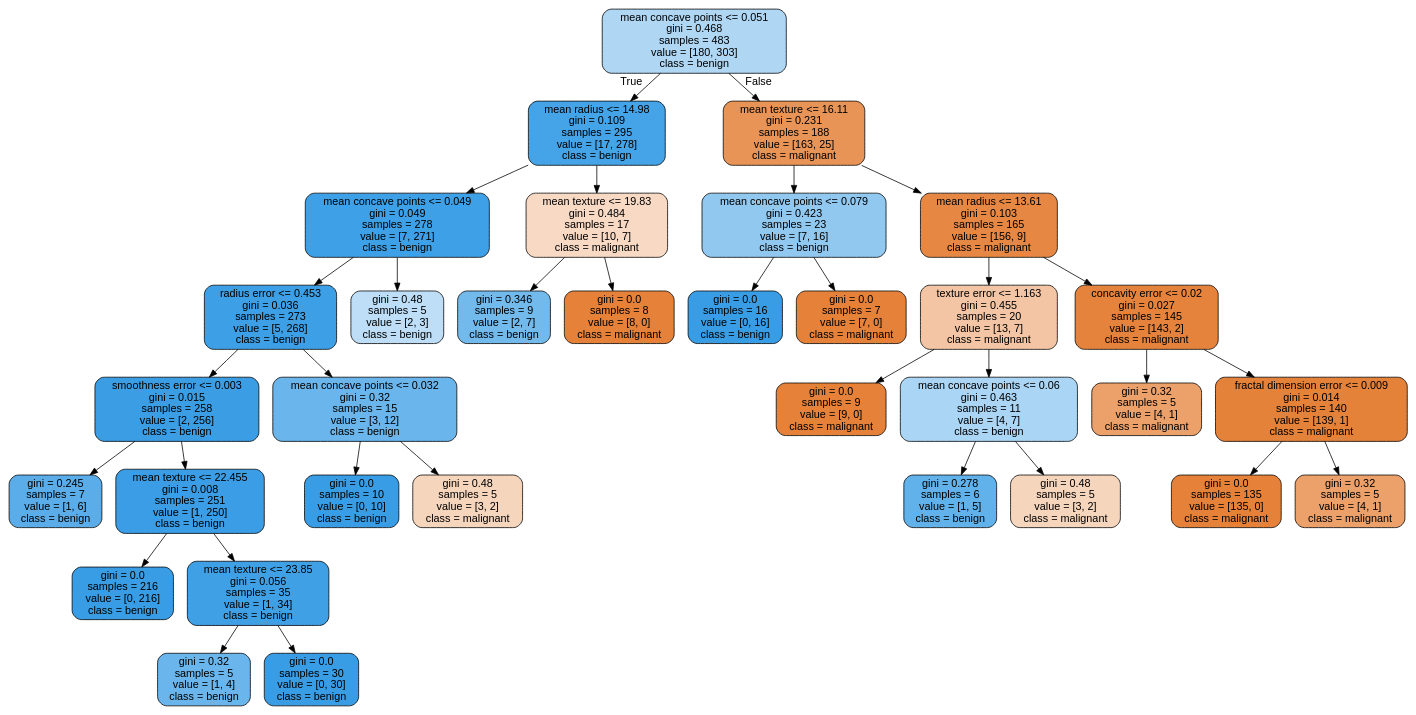
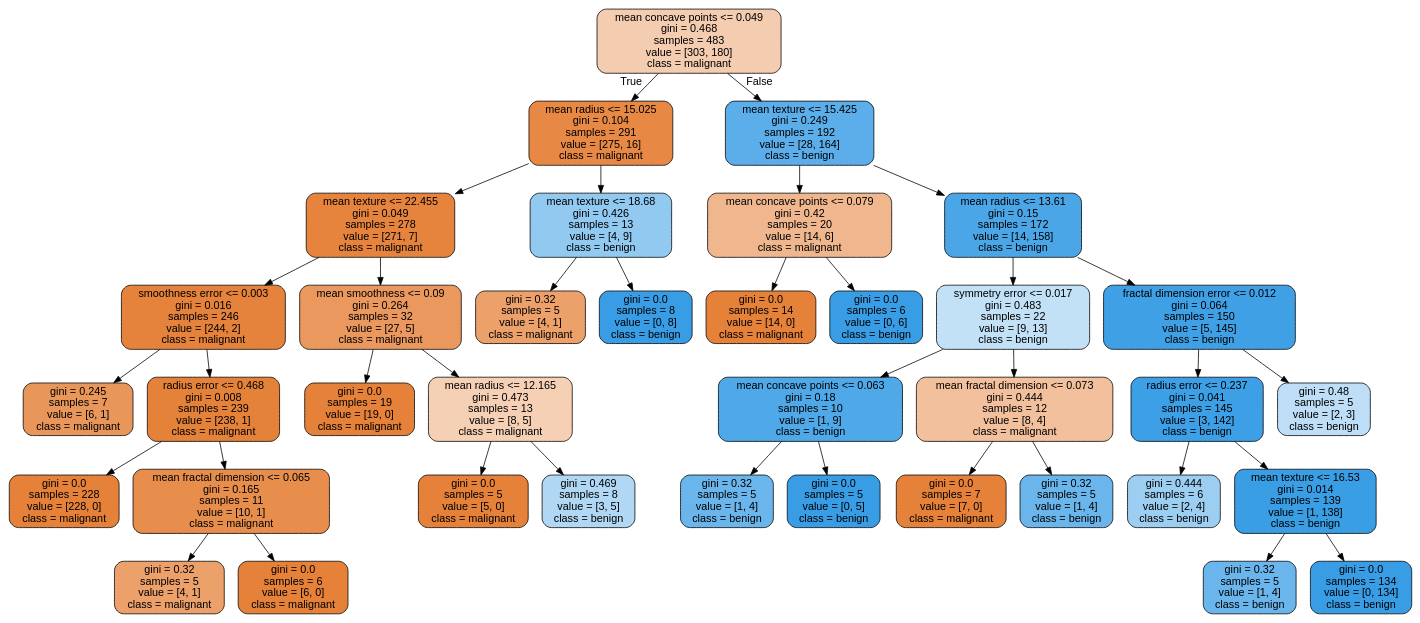
The diagram in Semester 1 2023/CITS5508 - Machine Learning/Labs/Assignment 2/tree_clf_4.dot (iheathers/2023---Semester-1-Feb---Jun-), drawn with Graphviz before and after one commit. The commit also changed 22 other files, not shown here.

```diff
--- a/Semester 1 2023/CITS5508 - Machine Learning/Labs/Assignment 2/tree_clf_4.dot
+++ b/Semester 1 2023/CITS5508 - Machine Learning/Labs/Assignment 2/tree_clf_4.dot
@@ -1,69 +1,77 @@
 digraph Tree {
 node [shape=box, style="filled, rounded", color="black", fontname="helvetica"] ;
 edge [fontname="helvetica"] ;
-0 [label="mean concave points <= 0.051\ngini = 0.468\nsamples = 483\nvalue = [180, 303]\nclass = benign", fillcolor="#afd7f4"] ;
-1 [label="mean radius <= 14.98\ngini = 0.109\nsamples = 295\nvalue = [17, 278]\nclass = benign", fillcolor="#45a3e7"] ;
+0 [label="mean concave points <= 0.049\ngini = 0.468\nsamples = 483\nvalue = [303, 180]\nclass = malignant", fillcolor="#f4ccaf"] ;
+1 [label="mean radius <= 15.025\ngini = 0.104\nsamples = 291\nvalue = [275, 16]\nclass = malignant", fillcolor="#e78845"] ;
 0 -> 1 [labeldistance=2.5, labelangle=45, headlabel="True"] ;
-2 [label="mean concave points <= 0.049\ngini = 0.049\nsamples = 278\nvalue = [7, 271]\nclass = benign", fillcolor="#3ea0e6"] ;
+2 [label="mean texture <= 22.455\ngini = 0.049\nsamples = 278\nvalue = [271, 7]\nclass = malignant", fillcolor="#e6843e"] ;
 1 -> 2 ;
-3 [label="radius error <= 0.453\ngini = 0.036\nsamples = 273\nvalue = [5, 268]\nclass = benign", fillcolor="#3d9fe5"] ;
+3 [label="smoothness error <= 0.003\ngini = 0.016\nsamples = 246\nvalue = [244, 2]\nclass = malignant", fillcolor="#e5823b"] ;
 2 -> 3 ;
-4 [label="smoothness error <= 0.003\ngini = 0.015\nsamples = 258\nvalue = [2, 256]\nclass = benign", fillcolor="#3b9ee5"] ;
+4 [label="gini = 0.245\nsamples = 7\nvalue = [6, 1]\nclass = malignant", fillcolor="#e9965a"] ;
 3 -> 4 ;
-5 [label="gini = 0.245\nsamples = 7\nvalue = [1, 6]\nclass = benign", fillcolor="#5aade9"] ;
-4 -> 5 ;
-6 [label="mean texture <= 22.455\ngini = 0.008\nsamples = 251\nvalue = [1, 250]\nclass = benign", fillcolor="#3a9de5"] ;
-4 -> 6 ;
-7 [label="gini = 0.0\nsamples = 216\nvalue = [0, 216]\nclass = benign", fillcolor="#399de5"] ;
-6 -> 7 ;
-8 [label="mean texture <= 23.85\ngini = 0.056\nsamples = 35\nvalue = [1, 34]\nclass = benign", fillcolor="#3fa0e6"] ;
-6 -> 8 ;
-9 [label="gini = 0.32\nsamples = 5\nvalue = [1, 4]\nclass = benign", fillcolor="#6ab6ec"] ;
-8 -> 9 ;
-10 [label="gini = 0.0\nsamples = 30\nvalue = [0, 30]\nclass = benign", fillcolor="#399de5"] ;
-8 -> 10 ;
-11 [label="mean concave points <= 0.032\ngini = 0.32\nsamples = 15\nvalue = [3, 12]\nclass = benign", fillcolor="#6ab6ec"] ;
-3 -> 11 ;
-12 [label="gini = 0.0\nsamples = 10\nvalue = [0, 10]\nclass = benign", fillcolor="#399de5"] ;
-11 -> 12 ;
-13 [label="gini = 0.48\nsamples = 5\nvalue = [3, 2]\nclass = malignant", fillcolor="#f6d5bd"] ;
-11 -> 13 ;
-14 [label="gini = 0.48\nsamples = 5\nvalue = [2, 3]\nclass = benign", fillcolor="#bddef6"] ;
-2 -> 14 ;
-15 [label="mean texture <= 19.83\ngini = 0.484\nsamples = 17\nvalue = [10, 7]\nclass = malignant", fillcolor="#f7d9c4"] ;
+5 [label="radius error <= 0.468\ngini = 0.008\nsamples = 239\nvalue = [238, 1]\nclass = malignant", fillcolor="#e5823a"] ;
+3 -> 5 ;
+6 [label="gini = 0.0\nsamples = 228\nvalue = [228, 0]\nclass = malignant", fillcolor="#e58139"] ;
+5 -> 6 ;
+7 [label="mean fractal dimension <= 0.065\ngini = 0.165\nsamples = 11\nvalue = [10, 1]\nclass = malignant", fillcolor="#e88e4d"] ;
+5 -> 7 ;
+8 [label="gini = 0.32\nsamples = 5\nvalue = [4, 1]\nclass = malignant", fillcolor="#eca06a"] ;
+7 -> 8 ;
+9 [label="gini = 0.0\nsamples = 6\nvalue = [6, 0]\nclass = malignant", fillcolor="#e58139"] ;
+7 -> 9 ;
+10 [label="mean smoothness <= 0.09\ngini = 0.264\nsamples = 32\nvalue = [27, 5]\nclass = malignant", fillcolor="#ea985e"] ;
+2 -> 10 ;
+11 [label="gini = 0.0\nsamples = 19\nvalue = [19, 0]\nclass = malignant", fillcolor="#e58139"] ;
+10 -> 11 ;
+12 [label="mean radius <= 12.165\ngini = 0.473\nsamples = 13\nvalue = [8, 5]\nclass = malignant", fillcolor="#f5d0b5"] ;
+10 -> 12 ;
+13 [label="gini = 0.0\nsamples = 5\nvalue = [5, 0]\nclass = malignant", fillcolor="#e58139"] ;
+12 -> 13 ;
+14 [label="gini = 0.469\nsamples = 8\nvalue = [3, 5]\nclass = benign", fillcolor="#b0d8f5"] ;
+12 -> 14 ;
+15 [label="mean texture <= 18.68\ngini = 0.426\nsamples = 13\nvalue = [4, 9]\nclass = benign", fillcolor="#91c9f1"] ;
 1 -> 15 ;
-16 [label="gini = 0.346\nsamples = 9\nvalue = [2, 7]\nclass = benign", fillcolor="#72b9ec"] ;
+16 [label="gini = 0.32\nsamples = 5\nvalue = [4, 1]\nclass = malignant", fillcolor="#eca06a"] ;
 15 -> 16 ;
-17 [label="gini = 0.0\nsamples = 8\nvalue = [8, 0]\nclass = malignant", fillcolor="#e58139"] ;
+17 [label="gini = 0.0\nsamples = 8\nvalue = [0, 8]\nclass = benign", fillcolor="#399de5"] ;
 15 -> 17 ;
-18 [label="mean texture <= 16.11\ngini = 0.231\nsamples = 188\nvalue = [163, 25]\nclass = malignant", fillcolor="#e99457"] ;
+18 [label="mean texture <= 15.425\ngini = 0.249\nsamples = 192\nvalue = [28, 164]\nclass = benign", fillcolor="#5baee9"] ;
 0 -> 18 [labeldistance=2.5, labelangle=-45, headlabel="False"] ;
-19 [label="mean concave points <= 0.079\ngini = 0.423\nsamples = 23\nvalue = [7, 16]\nclass = benign", fillcolor="#90c8f0"] ;
+19 [label="mean concave points <= 0.079\ngini = 0.42\nsamples = 20\nvalue = [14, 6]\nclass = malignant", fillcolor="#f0b78e"] ;
 18 -> 19 ;
-20 [label="gini = 0.0\nsamples = 16\nvalue = [0, 16]\nclass = benign", fillcolor="#399de5"] ;
+20 [label="gini = 0.0\nsamples = 14\nvalue = [14, 0]\nclass = malignant", fillcolor="#e58139"] ;
 19 -> 20 ;
-21 [label="gini = 0.0\nsamples = 7\nvalue = [7, 0]\nclass = malignant", fillcolor="#e58139"] ;
+21 [label="gini = 0.0\nsamples = 6\nvalue = [0, 6]\nclass = benign", fillcolor="#399de5"] ;
 19 -> 21 ;
-22 [label="mean radius <= 13.61\ngini = 0.103\nsamples = 165\nvalue = [156, 9]\nclass = malignant", fillcolor="#e68844"] ;
+22 [label="mean radius <= 13.61\ngini = 0.15\nsamples = 172\nvalue = [14, 158]\nclass = benign", fillcolor="#4ba6e7"] ;
 18 -> 22 ;
-23 [label="texture error <= 1.163\ngini = 0.455\nsamples = 20\nvalue = [13, 7]\nclass = malignant", fillcolor="#f3c5a4"] ;
+23 [label="symmetry error <= 0.017\ngini = 0.483\nsamples = 22\nvalue = [9, 13]\nclass = benign", fillcolor="#c2e1f7"] ;
 22 -> 23 ;
-24 [label="gini = 0.0\nsamples = 9\nvalue = [9, 0]\nclass = malignant", fillcolor="#e58139"] ;
+24 [label="mean concave points <= 0.063\ngini = 0.18\nsamples = 10\nvalue = [1, 9]\nclass = benign", fillcolor="#4fa8e8"] ;
 23 -> 24 ;
-25 [label="mean concave points <= 0.06\ngini = 0.463\nsamples = 11\nvalue = [4, 7]\nclass = benign", fillcolor="#aad5f4"] ;
-23 -> 25 ;
-26 [label="gini = 0.278\nsamples = 6\nvalue = [1, 5]\nclass = benign", fillcolor="#61b1ea"] ;
-25 -> 26 ;
-27 [label="gini = 0.48\nsamples = 5\nvalue = [3, 2]\nclass = malignant", fillcolor="#f6d5bd"] ;
-25 -> 27 ;
-28 [label="concavity error <= 0.02\ngini = 0.027\nsamples = 145\nvalue = [143, 2]\nclass = malignant", fillcolor="#e5833c"] ;
-22 -> 28 ;
-29 [label="gini = 0.32\nsamples = 5\nvalue = [4, 1]\nclass = malignant", fillcolor="#eca06a"] ;
-28 -> 29 ;
-30 [label="fractal dimension error <= 0.009\ngini = 0.014\nsamples = 140\nvalue = [139, 1]\nclass = malignant", fillcolor="#e5823a"] ;
-28 -> 30 ;
-31 [label="gini = 0.0\nsamples = 135\nvalue = [135, 0]\nclass = malignant", fillcolor="#e58139"] ;
+25 [label="gini = 0.32\nsamples = 5\nvalue = [1, 4]\nclass = benign", fillcolor="#6ab6ec"] ;
+24 -> 25 ;
+26 [label="gini = 0.0\nsamples = 5\nvalue = [0, 5]\nclass = benign", fillcolor="#399de5"] ;
+24 -> 26 ;
+27 [label="mean fractal dimension <= 0.073\ngini = 0.444\nsamples = 12\nvalue = [8, 4]\nclass = malignant", fillcolor="#f2c09c"] ;
+23 -> 27 ;
+28 [label="gini = 0.0\nsamples = 7\nvalue = [7, 0]\nclass = malignant", fillcolor="#e58139"] ;
+27 -> 28 ;
+29 [label="gini = 0.32\nsamples = 5\nvalue = [1, 4]\nclass = benign", fillcolor="#6ab6ec"] ;
+27 -> 29 ;
+30 [label="fractal dimension error <= 0.012\ngini = 0.064\nsamples = 150\nvalue = [5, 145]\nclass = benign", fillcolor="#40a0e6"] ;
+22 -> 30 ;
+31 [label="radius error <= 0.237\ngini = 0.041\nsamples = 145\nvalue = [3, 142]\nclass = benign", fillcolor="#3d9fe6"] ;
 30 -> 31 ;
-32 [label="gini = 0.32\nsamples = 5\nvalue = [4, 1]\nclass = malignant", fillcolor="#eca06a"] ;
-30 -> 32 ;
+32 [label="gini = 0.444\nsamples = 6\nvalue = [2, 4]\nclass = benign", fillcolor="#9ccef2"] ;
+31 -> 32 ;
+33 [label="mean texture <= 16.53\ngini = 0.014\nsamples = 139\nvalue = [1, 138]\nclass = benign", fillcolor="#3a9ee5"] ;
+31 -> 33 ;
+34 [label="gini = 0.32\nsamples = 5\nvalue = [1, 4]\nclass = benign", fillcolor="#6ab6ec"] ;
+33 -> 34 ;
+35 [label="gini = 0.0\nsamples = 134\nvalue = [0, 134]\nclass = benign", fillcolor="#399de5"] ;
+33 -> 35 ;
+36 [label="gini = 0.48\nsamples = 5\nvalue = [2, 3]\nclass = benign", fillcolor="#bddef6"] ;
+30 -> 36 ;
 }
```
